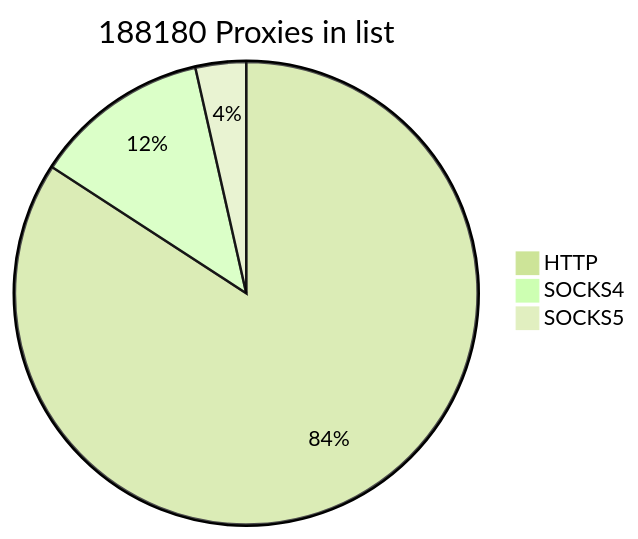
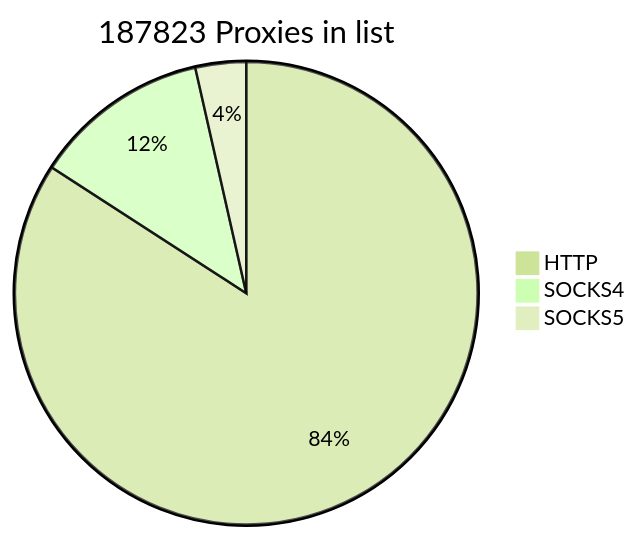
Before and after one commit to cutipu/proxylist: the first of 2 diagrams in README.md, drawn with Mermaid (forest theme). The commit also changed other lines of this file, not shown here.

````diff
--- a/README.md
+++ b/README.md
@@ -2,7 +2,7 @@
 ```mermaid
-pie title 188180 Proxies in list
-    "HTTP" : 158393
-    "SOCKS4" : 23141
-    "SOCKS5" : 6646
+pie title 187823 Proxies in list
+    "HTTP" : 158036
+    "SOCKS4" : 23140
+    "SOCKS5" : 6647
             
 ```
````
